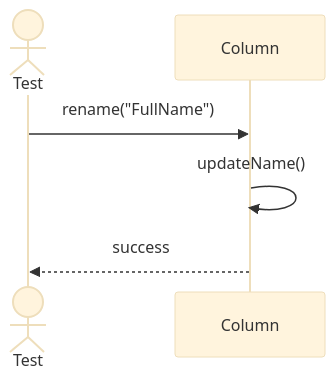
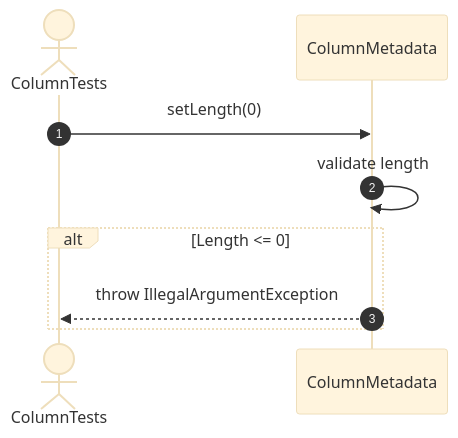
Diagram 12 of 18 in src/tests/unit/metadata/sequences/columns-testing.se.md (FhuAnn/-bbv-AN-s-DBMS), drawn with Mermaid (base theme) before and after one commit. The commit also changed other lines of this file and 60 other files, not shown here.

Commit message:
refactor data table, row, column, constraint, index test file

````diff
--- a/src/tests/unit/metadata/sequences/columns-testing.se.md
+++ b/src/tests/unit/metadata/sequences/columns-testing.se.md
@@ -209,11 +174,13 @@
 ```mermaid
 sequenceDiagram
-actor Test
-participant Column
+    autonumber
+    actor Test as ColumnTests
+    participant Column as ColumnMetadata
 
-Test->>Column: rename("FullName")
+    Test->>Column: setLength(0)
+    Column->>Column: validate length
 
-Column->>Column: updateName()
-
-Column-->>Test: success
+    alt Length <= 0
+        Column-->>Test: throw IllegalArgumentException
+    end
 ```
````
